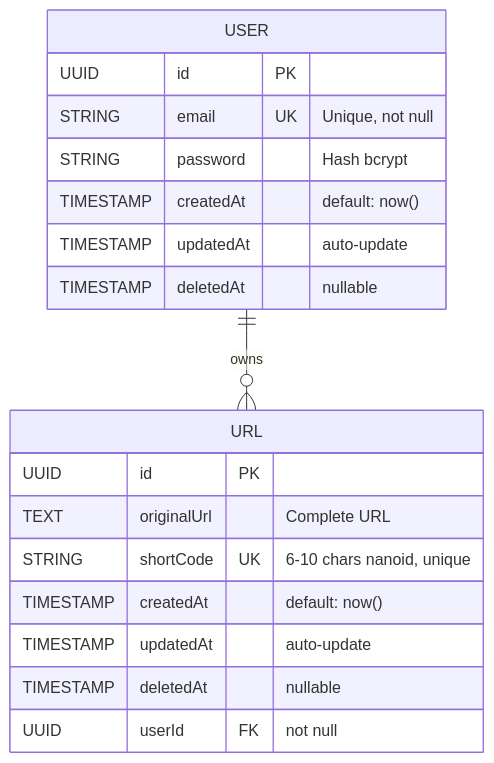
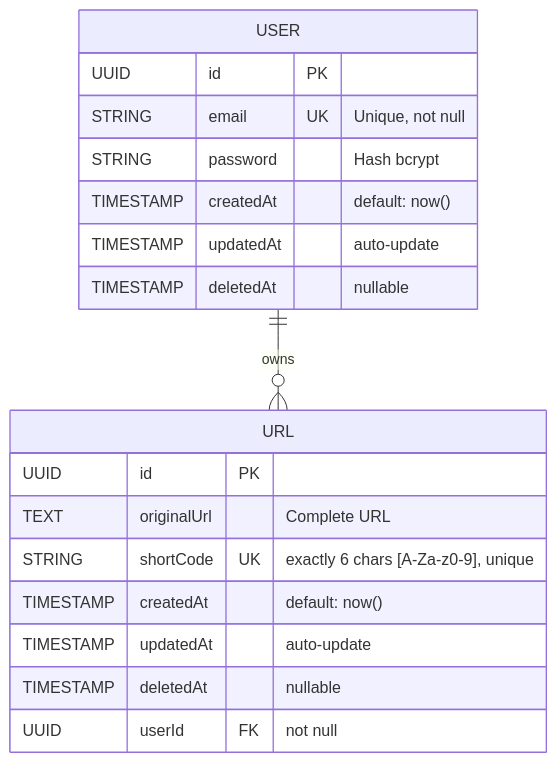
Before and after one commit to TheJoaoRech/url-shortener-api: the second of 3 diagrams in README.md, drawn with Mermaid. The commit also changed other lines of this file, not shown here.

````diff
--- a/README.md
+++ b/README.md
@@ -260,23 +263,23 @@
 ```mermaid
 erDiagram
     USER {
         UUID id PK
         STRING email UK "Unique, not null"
         STRING password "Hash bcrypt"
         TIMESTAMP createdAt "default: now()"
         TIMESTAMP updatedAt "auto-update"
         TIMESTAMP deletedAt "nullable"
     }
 
     URL {
         UUID id PK
         TEXT originalUrl "Complete URL"
-        STRING shortCode UK "6-10 chars nanoid, unique"
+        STRING shortCode UK "exactly 6 chars [A-Za-z0-9], unique"
         TIMESTAMP createdAt "default: now()"
         TIMESTAMP updatedAt "auto-update"
         TIMESTAMP deletedAt "nullable"
         UUID userId FK "not null"
     }
 
     USER ||--o{ URL : "owns"
 ```
````
